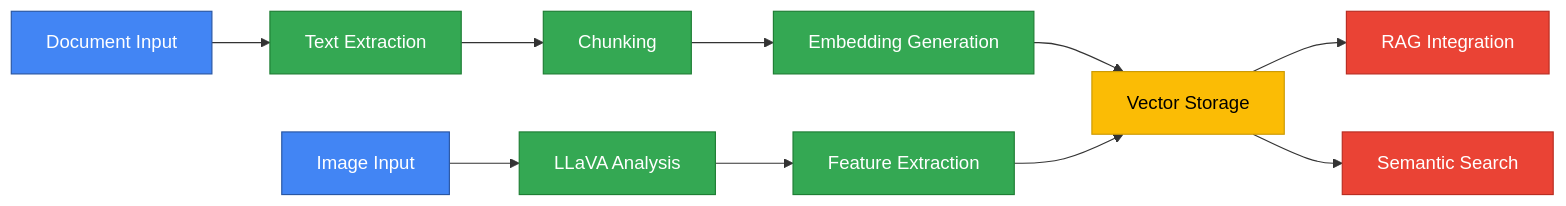
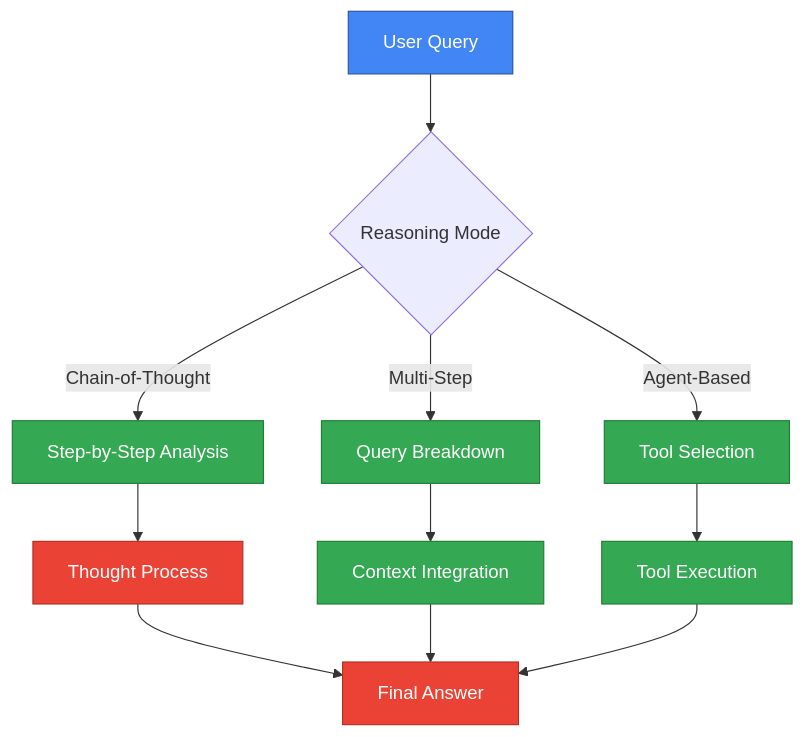
One commit to khaosans/basic-chat changed the second of 3 diagrams in README.md. Above: the diagram before and after it, drawn with Mermaid. The commit also changed other lines of this file and 16 other files, not shown here.

Commit message:
Final cleanup, updated docs, diagrams, and tests passing. Ready for PR.

````diff
--- a/README.md
+++ b/README.md
@@ -61,20 +65,20 @@
 ```mermaid
-graph LR
+graph TD
     %% Color definitions
-    classDef input fill:#4285f4,stroke:#2956a3,color:white
+    classDef reasoning fill:#4285f4,stroke:#2956a3,color:white
     classDef process fill:#34a853,stroke:#1e7e34,color:white
-    classDef storage fill:#fbbc05,stroke:#cc9a04,color:black
     classDef output fill:#ea4335,stroke:#b92d22,color:white
 
-    A[Document Input]:::input --> B[Text Extraction]:::process
-    B --> C[Chunking]:::process
-    C --> D[Embedding Generation]:::process
-    D --> E[Vector Storage]:::storage
+    A[User Query]:::reasoning --> B{Reasoning Mode}
+    B -->|Chain-of-Thought| C[Step-by-Step Analysis]:::process
+    B -->|Multi-Step| D[Query Breakdown]:::process
+    B -->|Agent-Based| E[Tool Selection]:::process
     
-    F[Image Input]:::input --> G[LLaVA Analysis]:::process
-    G --> H[Feature Extraction]:::process
-    H --> E
+    C --> F[Thought Process]:::output
+    D --> G[Context Integration]:::process
+    E --> H[Tool Execution]:::process
     
-    E --> I[RAG Integration]:::output
-    E --> J[Semantic Search]:::output
+    F --> I[Final Answer]:::output
+    G --> I
+    H --> I
 ```
````
